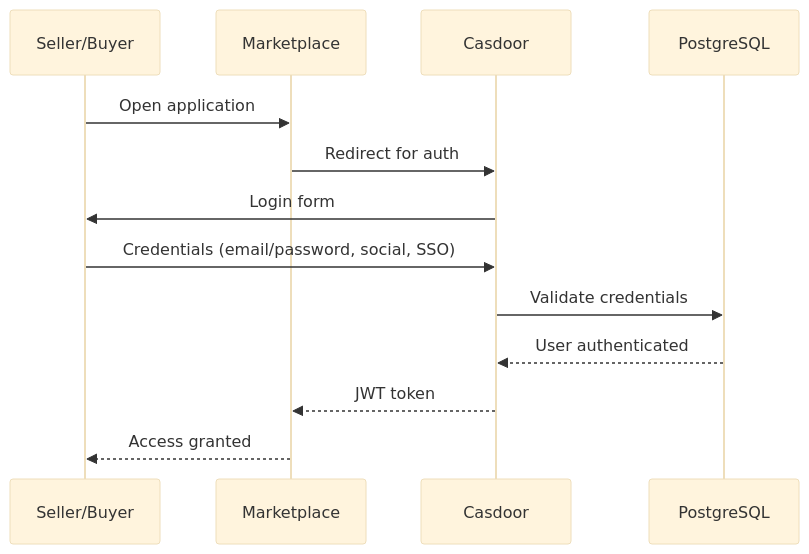
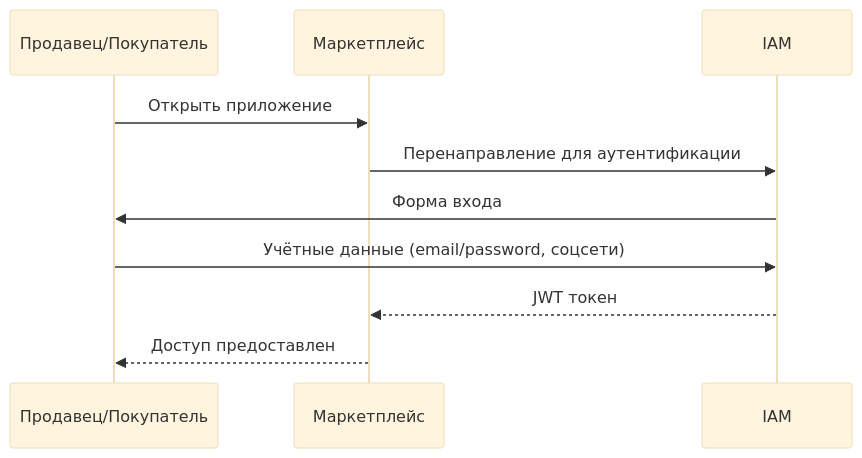
Before and after one commit to otuskotlin/202602-ok-marketplace: the second of 3 diagrams in docs/architecture/c4-1-system.md, drawn with Mermaid (base theme). The commit also changed other lines of this file and 6 other files, not shown here.

````diff
--- a/docs/architecture/c4-1-system.md
+++ b/docs/architecture/c4-1-system.md
@@ -33,16 +125,12 @@
 ```mermaid
 sequenceDiagram
-    participant User as Seller/Buyer
-    participant Marketplace as Marketplace
-    participant Casdoor as Casdoor
-    participant DB as PostgreSQL
-    
-    User->>Marketplace: Open application
-    Marketplace->>Casdoor: Redirect for auth
-    Casdoor->>User: Login form
-    User->>Casdoor: Credentials (email/password, social, SSO)
-    Casdoor->>DB: Validate credentials
-    DB-->>Casdoor: User authenticated
-    Casdoor-->>Marketplace: JWT token
-    Marketplace-->>User: Access granted
+    participant User as Продавец/Покупатель
+    participant Marketplace as Маркетплейс
+    participant iam as IAM
+    User ->> Marketplace: Открыть приложение
+    Marketplace ->> iam: Перенаправление для аутентификации
+    iam ->> User: Форма входа
+    User ->> iam: Учётные данные (email/password, соцсети)
+    iam -->> Marketplace: JWT токен
+    Marketplace -->> User: Доступ предоставлен
 ```
````
